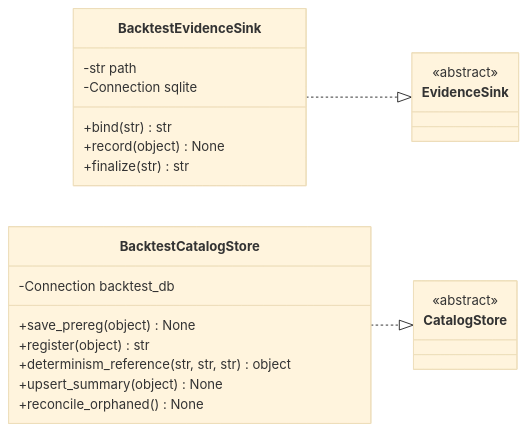
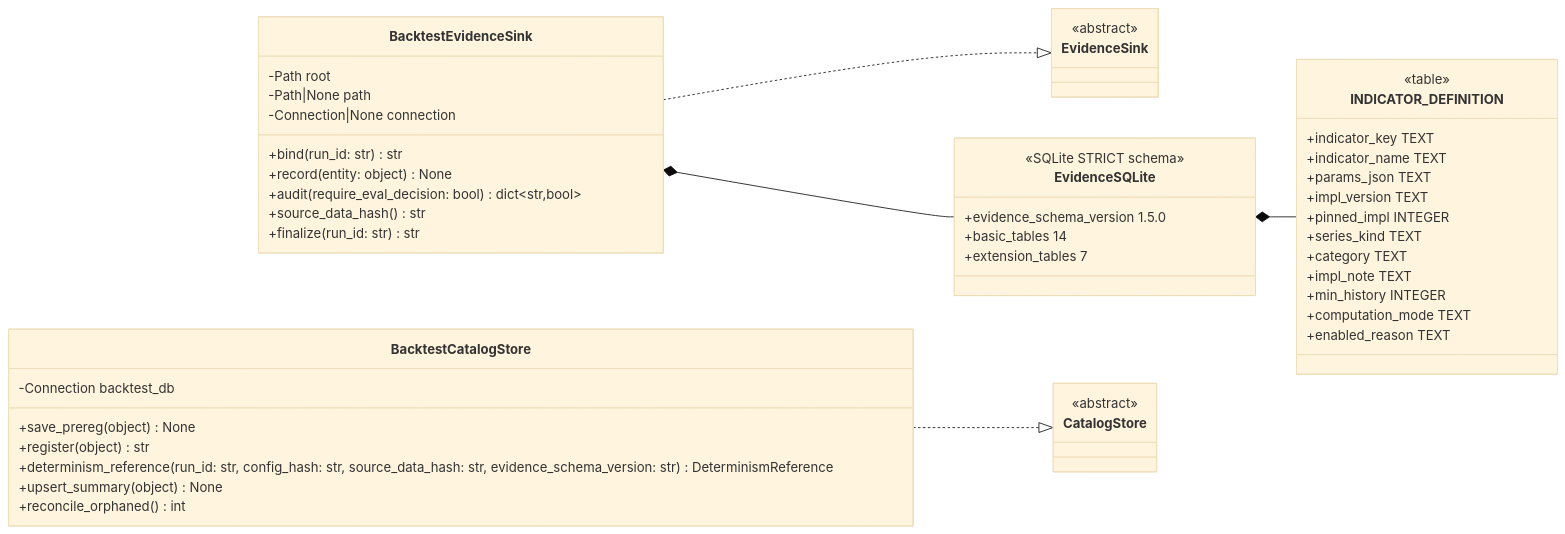
Diagram 33 of 38 in docs/fullspec/backtest_v2_detailed_design.md (vessel35/trading-system-v2), drawn with Mermaid (base theme) before and after one commit. The commit also changed other lines of this file and 1 other file, not shown here.

````diff
--- a/docs/fullspec/backtest_v2_detailed_design.md
+++ b/docs/fullspec/backtest_v2_detailed_design.md
@@ -3411,23 +3972,48 @@
 ```mermaid
 classDiagram
     direction LR
     class EvidenceSink { <<abstract>> }
     class CatalogStore { <<abstract>> }
     class BacktestEvidenceSink {
-        -str path
-        -Connection sqlite
-        +bind(str) str
-        +record(object) None
-        +finalize(str) str
+        -Path root
+        -Path|None path
+        -Connection|None connection
+        +bind(run_id: str) str
+        +record(entity: object) None
+        +audit(require_eval_decision: bool) dict~str,bool~
+        +source_data_hash() str
+        +finalize(run_id: str) str
     }
     class BacktestCatalogStore {
         -Connection backtest_db
         +save_prereg(object) None
         +register(object) str
-        +determinism_reference(str, str, str) object
+        +determinism_reference(run_id: str, config_hash: str, source_data_hash: str, evidence_schema_version: str) DeterminismReference
         +upsert_summary(object) None
-        +reconcile_orphaned() None
+        +reconcile_orphaned() int
+    }
+    class EvidenceSQLite {
+        <<SQLite STRICT schema>>
+        +evidence_schema_version 1.5.0
+        +basic_tables 14
+        +extension_tables 7
+    }
+    class INDICATOR_DEFINITION {
+        <<table>>
+        +indicator_key TEXT
+        +indicator_name TEXT
+        +params_json TEXT
+        +impl_version TEXT
+        +pinned_impl INTEGER
+        +series_kind TEXT
+        +category TEXT
+        +impl_note TEXT
+        +min_history INTEGER
+        +computation_mode TEXT
+        +enabled_reason TEXT
     }
     BacktestEvidenceSink ..|> EvidenceSink
     BacktestCatalogStore ..|> CatalogStore
+    BacktestEvidenceSink *-- EvidenceSQLite
+    EvidenceSQLite *-- INDICATOR_DEFINITION
 ```
````
